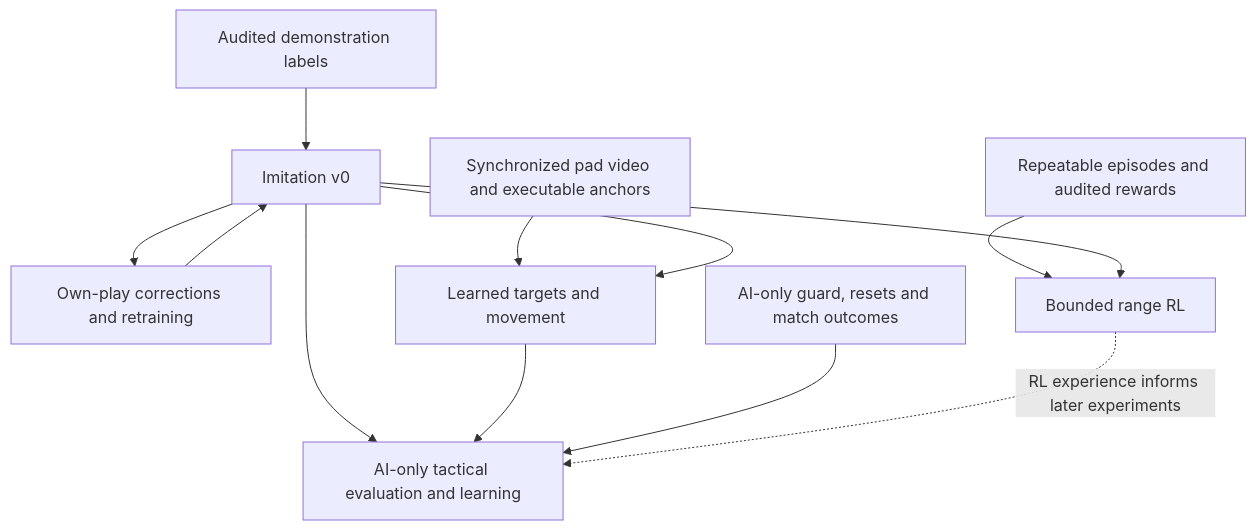
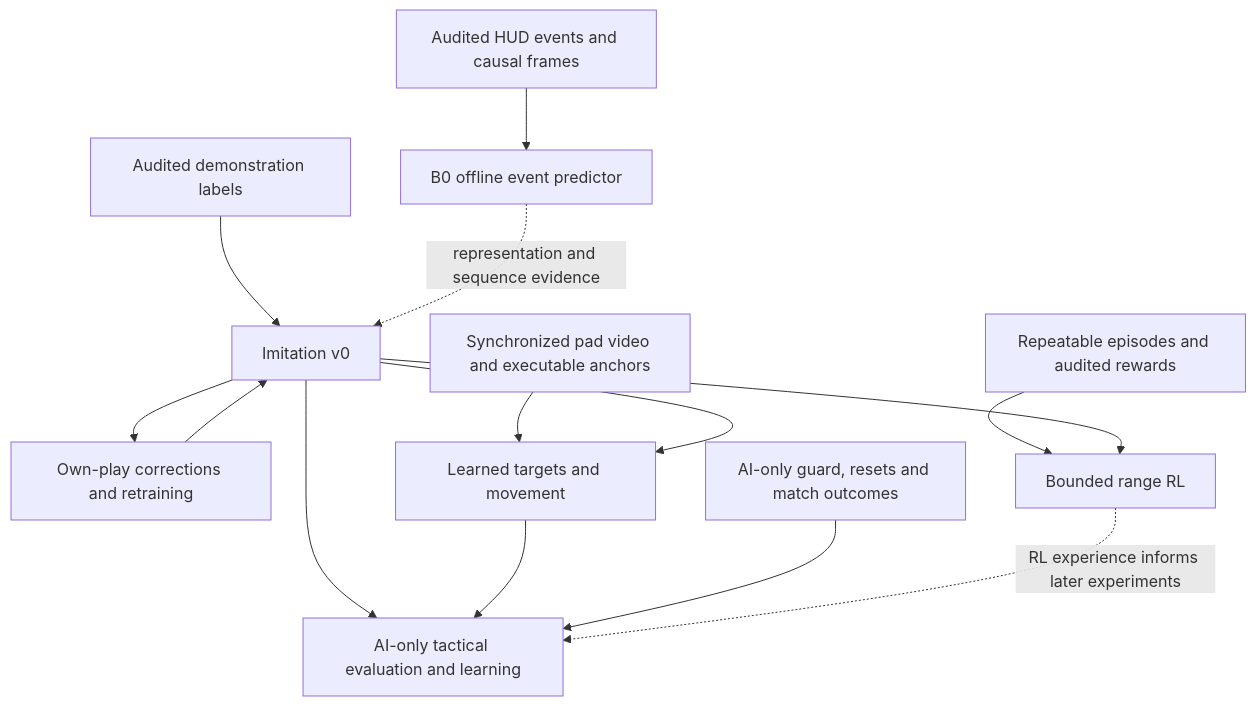
One commit to Volpestyle/rivals-agent changed the first of 3 diagrams in docs/learning-plan.md. Above: the diagram before and after it, drawn with Mermaid. The commit also changed other lines of this file, not shown here.

First line of the commit message:
Learning plan: quality first; next-event prediction accepted as auxiliary pretraining (B0), not a policy; development folds only until validation exists; the acquisition blocker and the conditional native-replay route

````diff
--- a/docs/learning-plan.md
+++ b/docs/learning-plan.md
@@ -69,14 +163,16 @@
 ```mermaid
 flowchart TD
   A[Audited demonstration labels] --> B[Imitation v0]
+  V[Audited HUD events and causal frames] --> P[B0 offline event predictor]
+  P -. representation and sequence evidence .-> B
   B --> C[Own-play corrections and retraining]
   C --> B
   R[Repeatable episodes and audited rewards] --> D[Bounded range RL]
   B --> D
   S[Synchronized pad video and executable anchors] --> E[Learned targets and movement]
   B --> E
   B --> F[AI-only tactical evaluation and learning]
   E --> F
   G[AI-only guard, resets and match outcomes] --> F
   D -. RL experience informs later experiments .-> F
 ```
````
